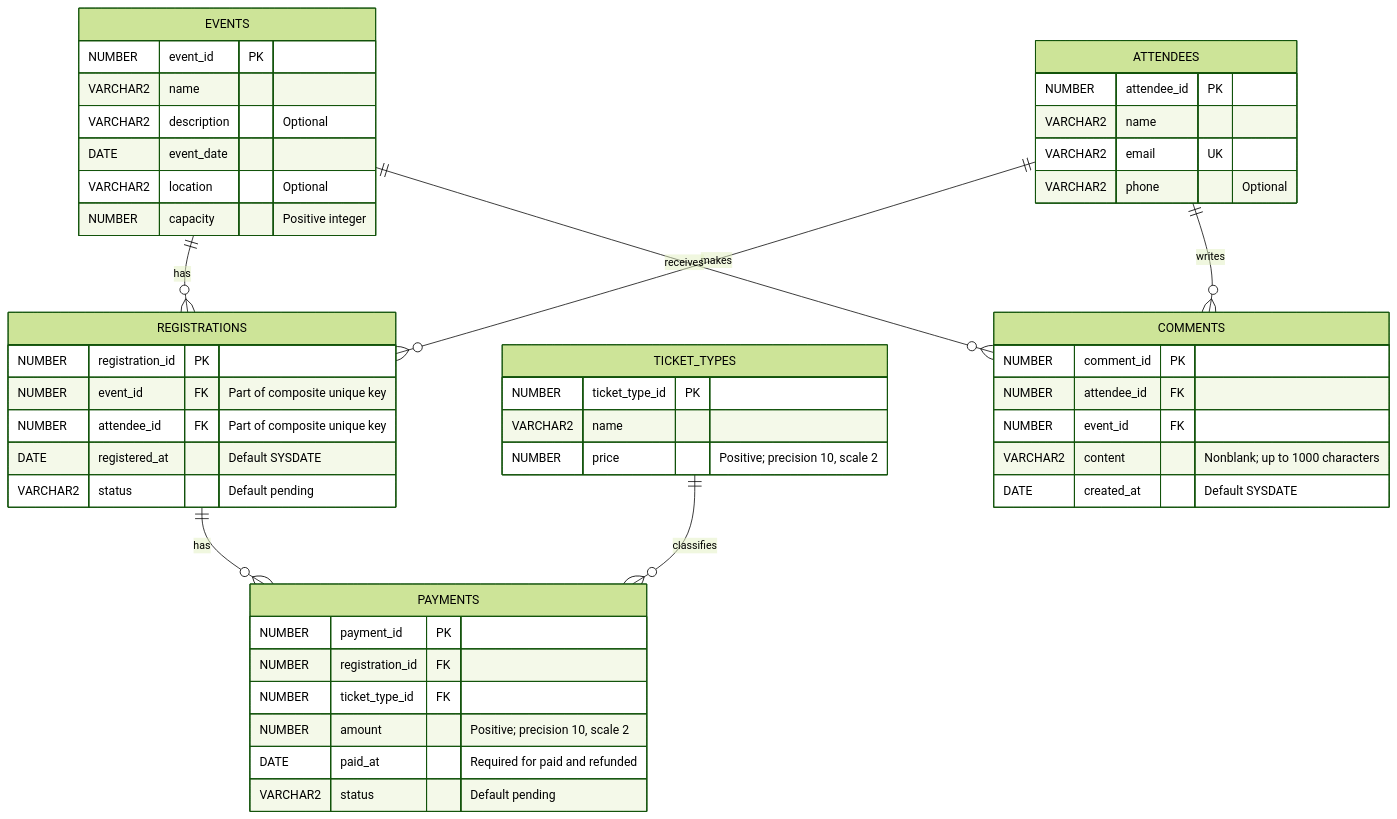
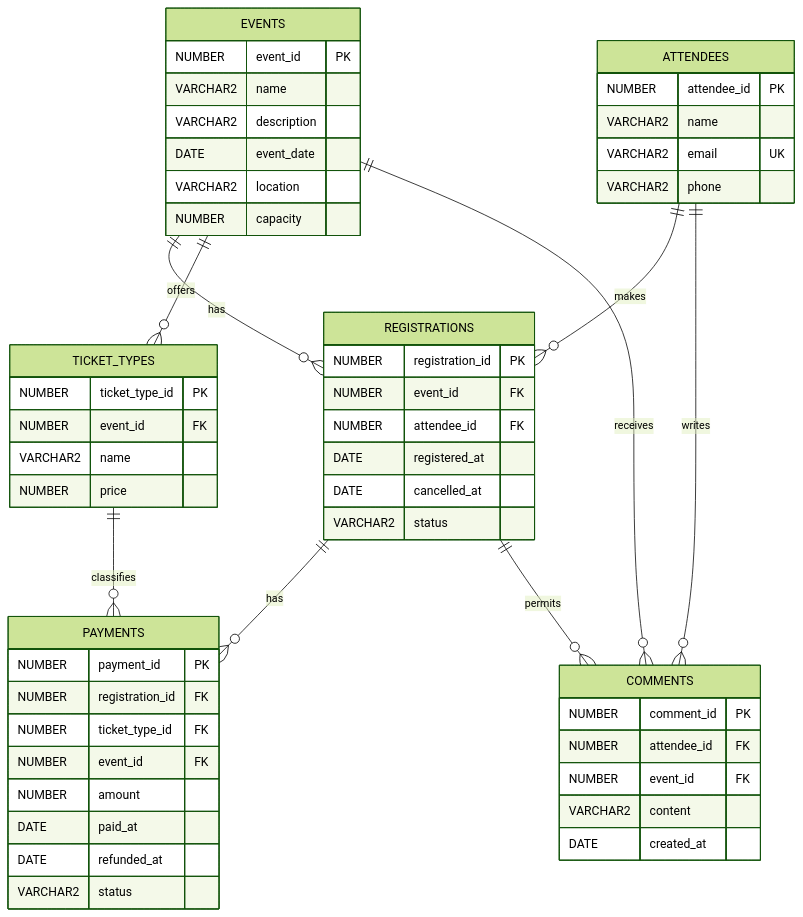
One commit to angelgonzalezg/event-iq changed the diagram in docs/er-diagram.md. Above: the diagram before and after it, drawn with Mermaid (forest theme). The commit also changed other lines of this file and 3 other files, not shown here.

Commit message:
EIQ-21 fix(db): address schema review findings

````diff
--- a/docs/er-diagram.md
+++ b/docs/er-diagram.md
@@ -11,56 +18,62 @@
 ```mermaid
 erDiagram
     EVENTS {
         NUMBER event_id PK
         VARCHAR2 name
-        VARCHAR2 description "Optional"
+        VARCHAR2 description
         DATE event_date
-        VARCHAR2 location "Optional"
-        NUMBER capacity "Positive integer"
+        VARCHAR2 location
+        NUMBER capacity
     }
 
     ATTENDEES {
         NUMBER attendee_id PK
         VARCHAR2 name
         VARCHAR2 email UK
-        VARCHAR2 phone "Optional"
+        VARCHAR2 phone
     }
 
     REGISTRATIONS {
         NUMBER registration_id PK
-        NUMBER event_id FK "Part of composite unique key"
-        NUMBER attendee_id FK "Part of composite unique key"
-        DATE registered_at "Default SYSDATE"
-        VARCHAR2 status "Default pending"
+        NUMBER event_id FK
+        NUMBER attendee_id FK
+        DATE registered_at
+        DATE cancelled_at
+        VARCHAR2 status
     }
 
     TICKET_TYPES {
         NUMBER ticket_type_id PK
+        NUMBER event_id FK
         VARCHAR2 name
-        NUMBER price "Positive; precision 10, scale 2"
+        NUMBER price
     }
 
     PAYMENTS {
         NUMBER payment_id PK
         NUMBER registration_id FK
         NUMBER ticket_type_id FK
-        NUMBER amount "Positive; precision 10, scale 2"
-        DATE paid_at "Required for paid and refunded"
-        VARCHAR2 status "Default pending"
+        NUMBER event_id FK
+        NUMBER amount
+        DATE paid_at
+        DATE refunded_at
+        VARCHAR2 status
     }
 
     COMMENTS {
         NUMBER comment_id PK
         NUMBER attendee_id FK
         NUMBER event_id FK
-        VARCHAR2 content "Nonblank; up to 1000 characters"
-        DATE created_at "Default SYSDATE"
+        VARCHAR2 content
+        DATE created_at
     }
 
     EVENTS ||--o{ REGISTRATIONS : has
     ATTENDEES ||--o{ REGISTRATIONS : makes
+    EVENTS ||--o{ TICKET_TYPES : offers
     REGISTRATIONS ||--o{ PAYMENTS : has
     TICKET_TYPES ||--o{ PAYMENTS : classifies
+    REGISTRATIONS ||--o{ COMMENTS : permits
     EVENTS ||--o{ COMMENTS : receives
     ATTENDEES ||--o{ COMMENTS : writes
 ```
````
